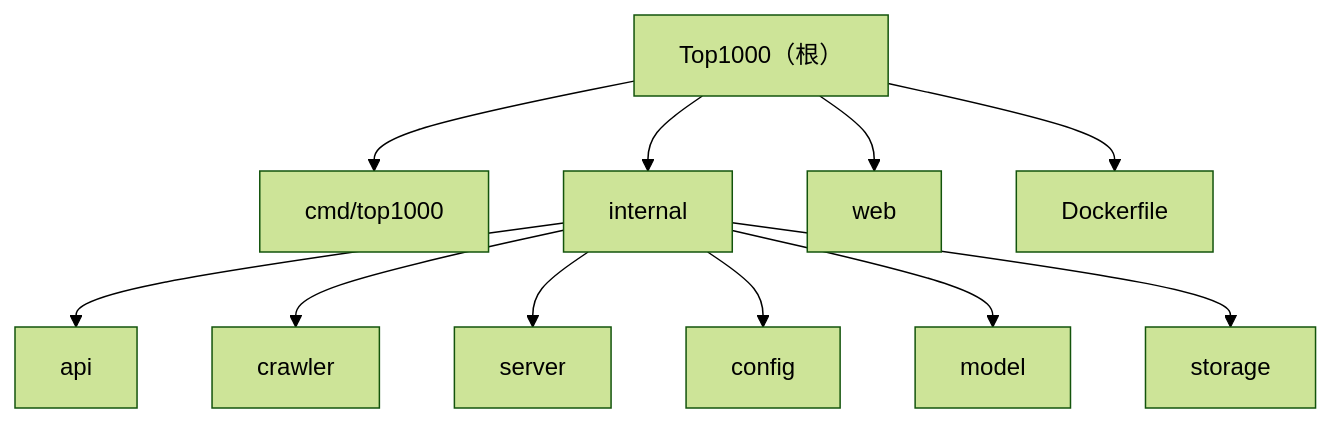
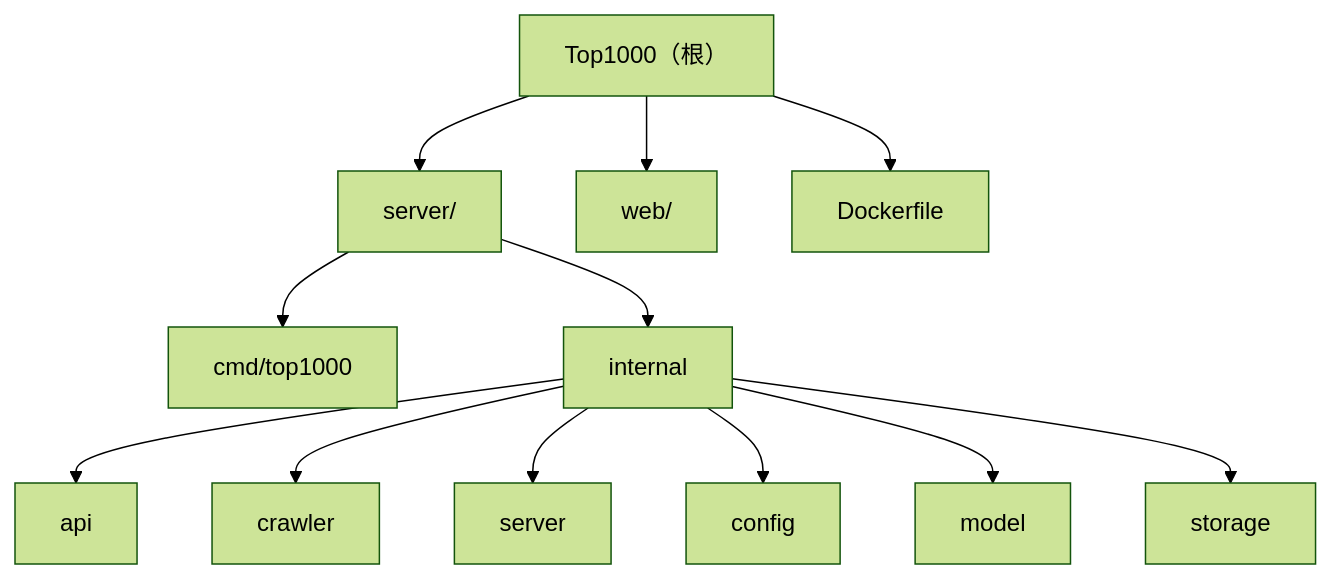
The diagram in CLAUDE.md (782042369/top1000), drawn with Mermaid (forest theme) before and after one commit. The commit also changed other lines of this file and 1 other file, not shown here.

````diff
--- a/CLAUDE.md
+++ b/CLAUDE.md
@@ -23,22 +45,23 @@
 ```mermaid
 graph TD
-    A["Top1000（根）"] --> B["cmd/top1000"]
-    A --> C["internal"]
-    C --> D["api"]
-    C --> E["crawler"]
-    C --> F["server"]
-    C --> G["config"]
-    C --> H["model"]
-    C --> I["storage"]
-    A --> J["web"]
-    A --> K["Dockerfile"]
+    A["Top1000（根）"] --> B["server/"]
+    A --> C["web/"]
+    A --> D["Dockerfile"]
+    B --> E["cmd/top1000"]
+    B --> F["internal"]
+    F --> G["api"]
+    F --> H["crawler"]
+    F --> I["server"]
+    F --> J["config"]
+    F --> K["model"]
+    F --> L["storage"]
 
-    click B "./cmd/top1000/CLAUDE.md" "查看入口模块"
-    click D "./internal/api/CLAUDE.md" "查看 API 模块"
-    click E "./internal/crawler/CLAUDE.md" "查看爬虫模块"
-    click F "./internal/server/CLAUDE.md" "查看服务器模块"
-    click G "./internal/config/CLAUDE.md" "查看配置模块"
-    click H "./internal/model/CLAUDE.md" "查看数据模型"
-    click I "./internal/storage/CLAUDE.md" "查看存储模块"
-    click J "./web/CLAUDE.md" "查看前端模块"
+    click E "./server/cmd/top1000/CLAUDE.md" "查看入口模块"
+    click G "./server/internal/api/CLAUDE.md" "查看 API 模块"
+    click H "./server/internal/crawler/CLAUDE.md" "查看爬虫模块"
+    click I "./server/internal/server/CLAUDE.md" "查看服务器模块"
+    click J "./server/internal/config/CLAUDE.md" "查看配置模块"
+    click K "./server/internal/model/CLAUDE.md" "查看数据模型"
+    click L "./server/internal/storage/CLAUDE.md" "查看存储模块"
+    click C "./web/CLAUDE.md" "查看前端模块"
 ```
````
